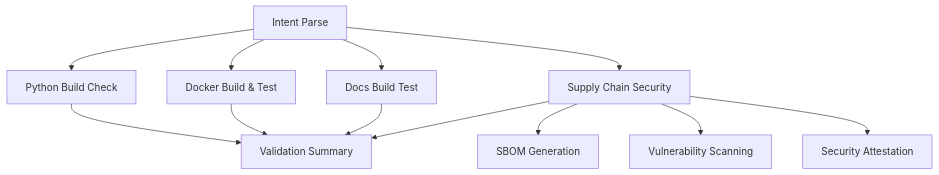
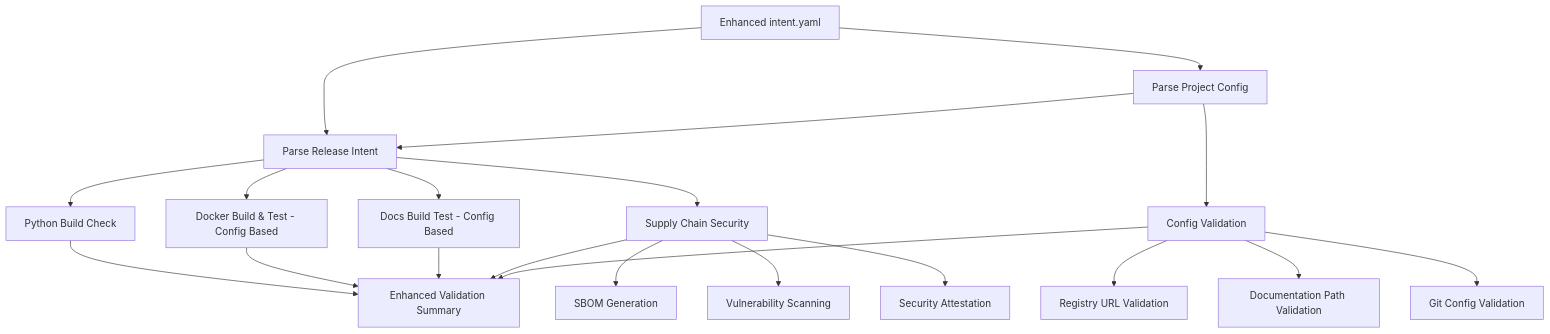
One commit to Chisanan232/Template-Python-UV-Project changed the second of 6 diagrams in docs_with_docusarus/contents/development/ci-cd/release-system.mdx. Above: the diagram before and after it, drawn with Mermaid. The commit also changed other lines of this file, not shown here.

Commit message:
✏️ Update the release system document for the new design and new changes.

````diff
--- a/docs_with_docusarus/contents/development/ci-cd/release-system.mdx
+++ b/docs_with_docusarus/contents/development/ci-cd/release-system.mdx
@@ -104,13 +156,22 @@
 ```mermaid
 graph TD
-    A[Intent Parse] --> B[Python Build Check]
-    A --> C[Docker Build & Test]
-    A --> D[Docs Build Test]
-    A --> E[Supply Chain Security]
+    A[Enhanced intent.yaml] --> B[Parse Project Config]
+    A --> C[Parse Release Intent]
+    B --> C
     
-    E --> F[SBOM Generation]
-    E --> G[Vulnerability Scanning]
-    E --> H[Security Attestation]
+    C --> D[Python Build Check]
+    C --> E[Docker Build & Test - Config Based]
+    C --> F[Docs Build Test - Config Based]
+    C --> G[Supply Chain Security]
     
-    B & C & D & E --> I[Validation Summary]
+    B --> H[Config Validation]
+    H --> I[Registry URL Validation]
+    H --> J[Documentation Path Validation]
+    H --> K[Git Config Validation]
+    
+    G --> L[SBOM Generation]
+    G --> M[Vulnerability Scanning]
+    G --> N[Security Attestation]
+    
+    D & E & F & G & H --> O[Enhanced Validation Summary]
 ```
````
